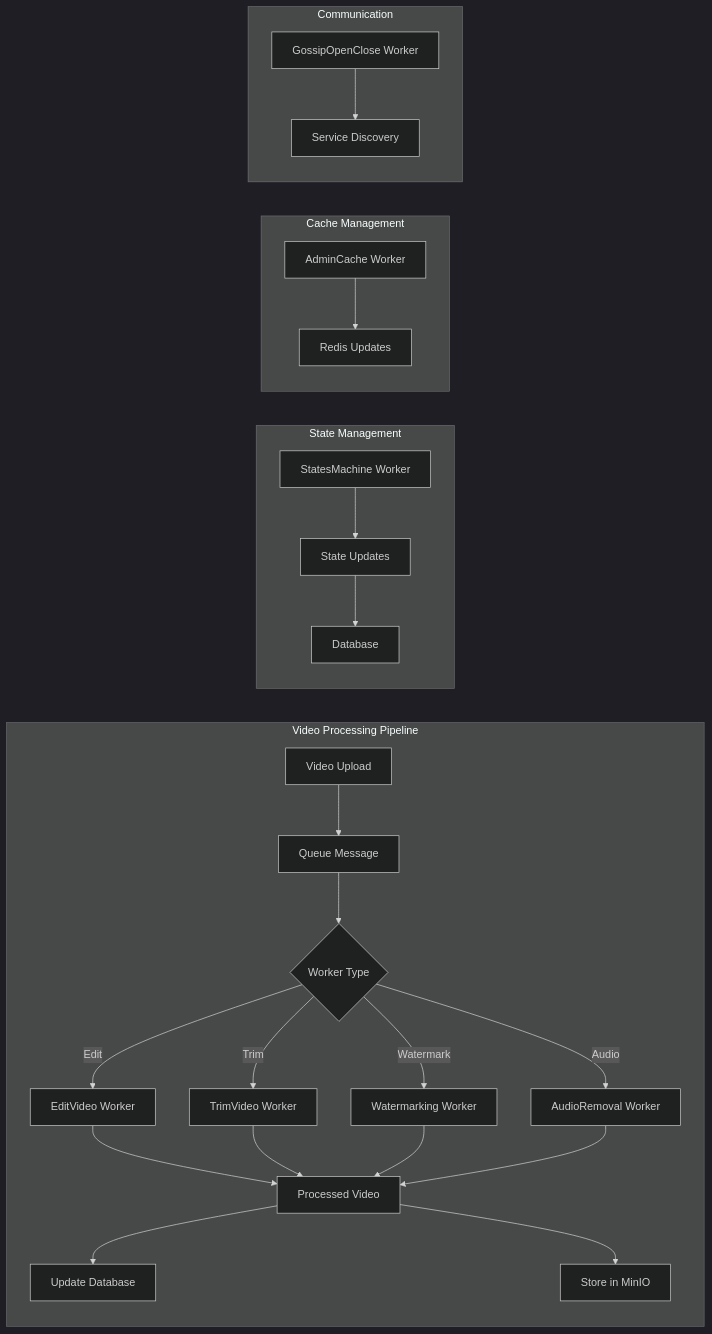
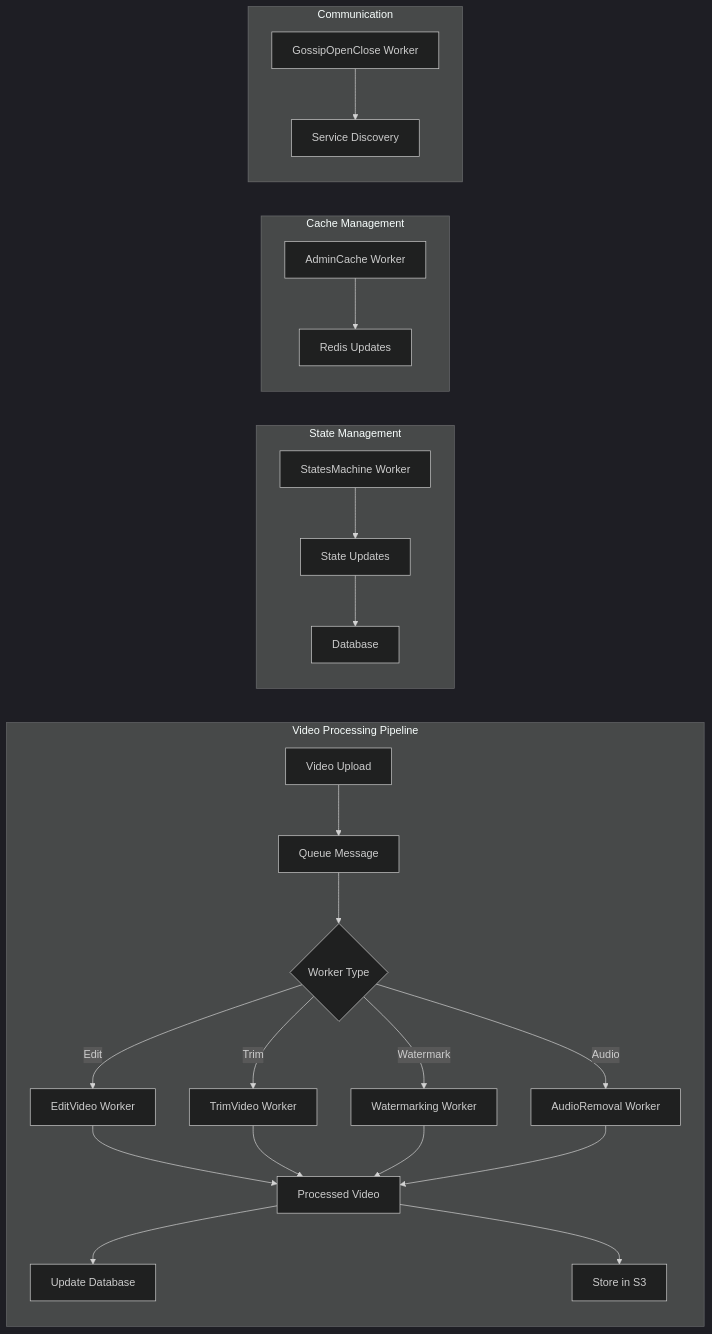
The third of 7 diagrams in README.md (tatoand97/Sistema-de-Videos-y-Ranking), drawn with Mermaid (dark theme) before and after one commit. The commit also changed other lines of this file and 62 other files, not shown here.

````diff
--- a/README.md
+++ b/README.md
@@ -151,33 +150,33 @@
 ```mermaid
 graph LR
     subgraph "Video Processing Pipeline"
         A[Video Upload] --> B[Queue Message]
         B --> C{Worker Type}
         
         C -->|Edit| D[EditVideo Worker]
         C -->|Trim| E[TrimVideo Worker]
         C -->|Watermark| F[Watermarking Worker]
         C -->|Audio| G[AudioRemoval Worker]
         
         D --> H[Processed Video]
         E --> H
         F --> H
         G --> H
         
         H --> I[Update Database]
-        H --> J[Store in MinIO]
+        H --> J[Store in S3]
     end
     
     subgraph "State Management"
         K[StatesMachine Worker] --> L[State Updates]
         L --> M[Database]
     end
     
     subgraph "Cache Management"
         N[AdminCache Worker] --> O[Redis Updates]
     end
     
     subgraph "Communication"
         P[GossipOpenClose Worker] --> Q[Service Discovery]
     end
 ```
````
